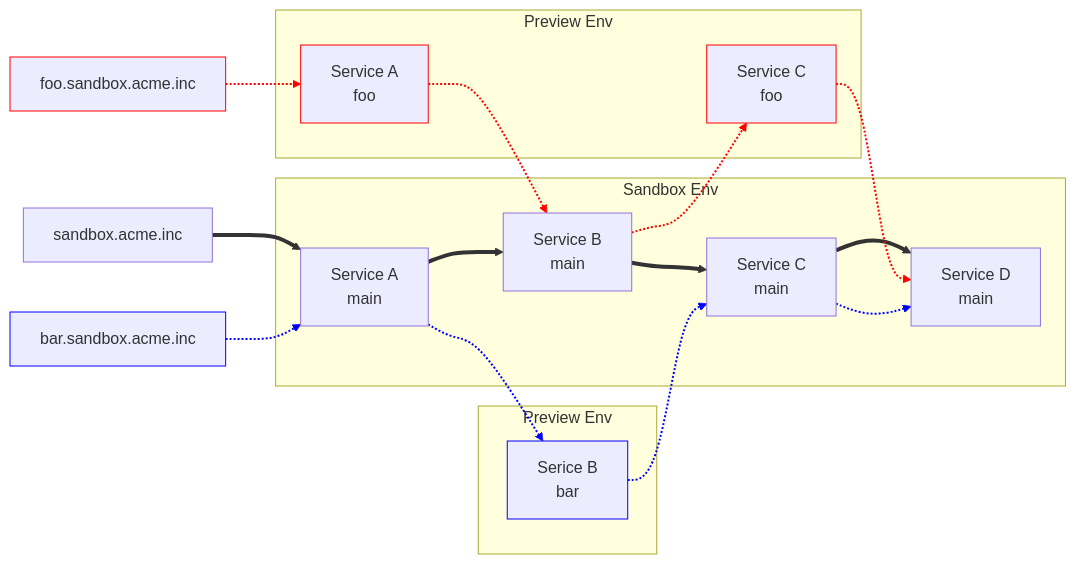
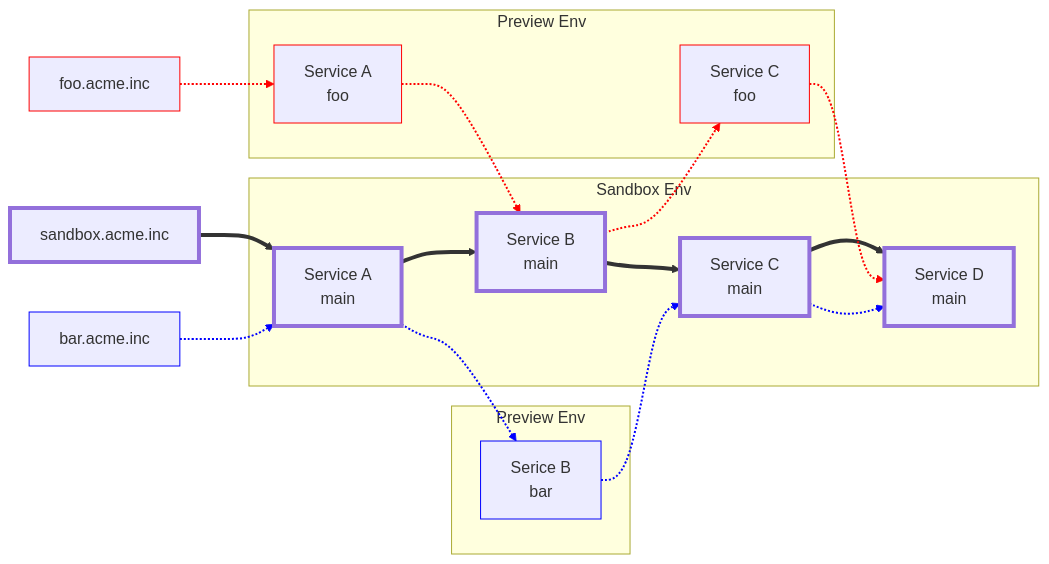
One commit to gitops-ci-cd/.github changed the first of 5 diagrams in profile/README.md. Above: the diagram before and after it, drawn with Mermaid.

````diff
--- a/profile/README.md
+++ b/profile/README.md
@@ -60,48 +60,49 @@
     ```mermaid
     flowchart LR
-        url_foo[foo.sandbox.acme.inc]:::foo
-        url_bar[bar.sandbox.acme.inc]:::bar
-        url_sandbox[sandbox.acme.inc]
+        url_foo[foo.acme.inc]:::foo
+        url_bar[bar.acme.inc]:::bar
+        url_sandbox[sandbox.acme.inc]:::main
 
         url_sandbox --> a
 
         subgraph main[Sandbox Env]
             a[Service A
-                main]
+                main]:::main
             b[Service B
-                main]
+                main]:::main
             c[Service C
-                main]
+                main]:::main
             d[Service D
-                main]
+                main]:::main
 
             a --> b --> c --> d
         end
 
         url_foo -.-> a_foo
 
         subgraph foo[Preview Env]
             a_foo[Service A
                 foo]:::foo
             c_foo[Service C
                 foo]:::foo
 
             a_foo -.-> b -.-> c_foo -.-> d
         end
 
         url_bar -.-> a
 
         subgraph bar[Preview Env]
             b_bar[Serice B
                 bar]:::bar
 
             a -.-> b_bar -.-> c -.-> d
         end
 
+        classDef main stroke-width:4px;
         classDef foo stroke:red;
         classDef bar stroke:blue;
 
         linkStyle 0,1,2,3 stroke-width:4px;
         linkStyle 4,5,6,7 stroke-width:2px,stroke:red;
         linkStyle 8,9,10,11 stroke-width:2px,stroke:blue;
     ```
````
